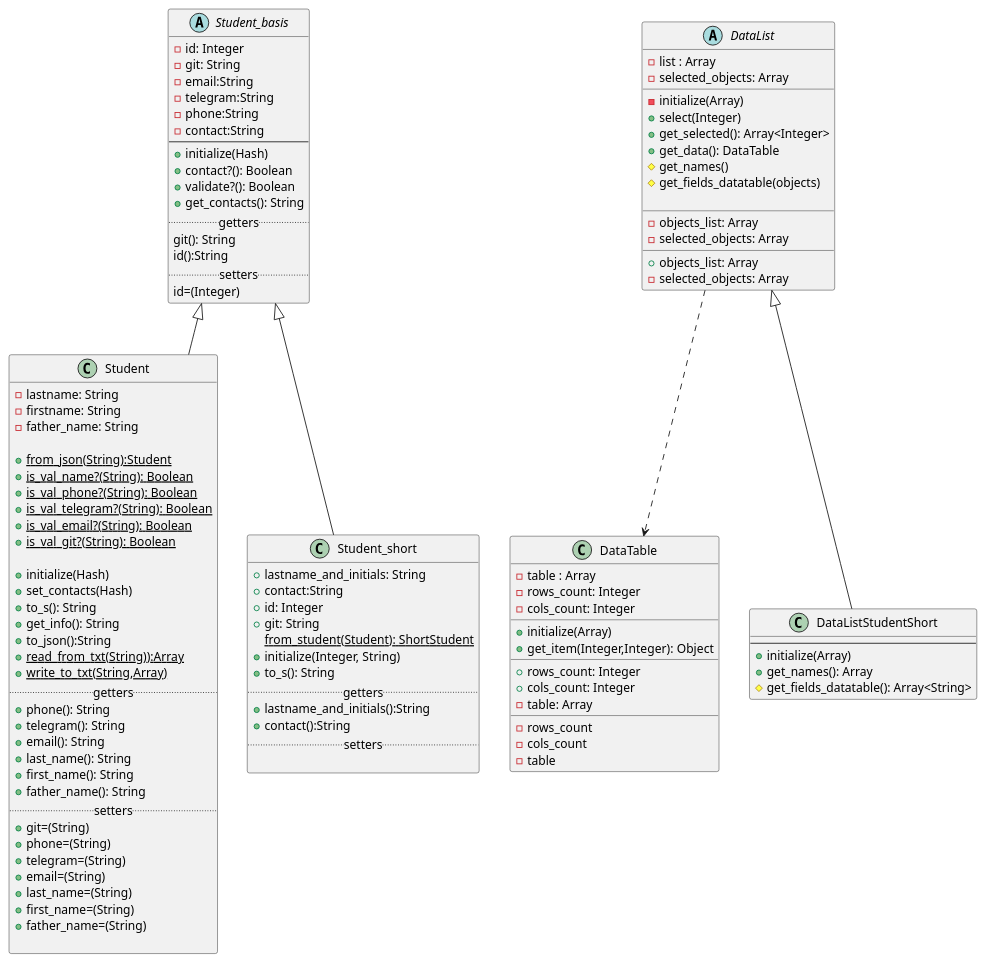
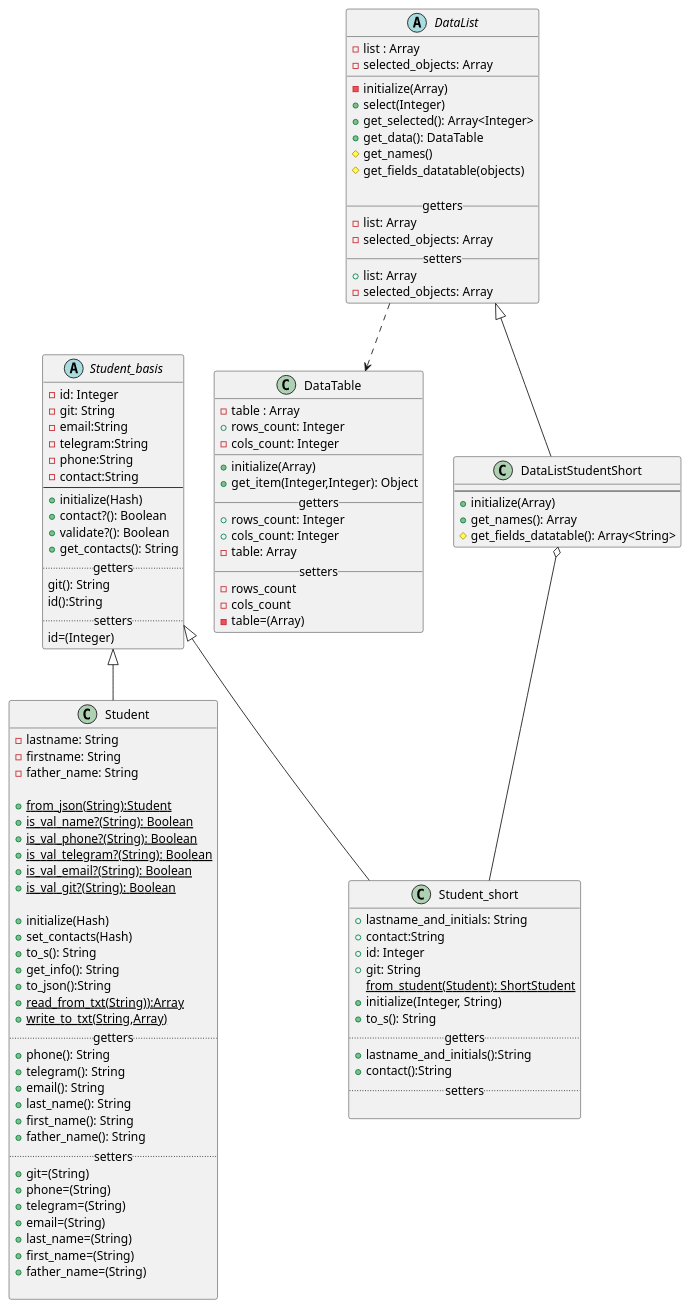
One commit to ColdEiler/pattern changed the diagram in lab2/student_diagrams.puml. Above: the diagram before and after it, drawn with PlantUML. The commit also changed 1 other file, not shown here.

Commit message:
Исправлены ошибки в схеме в классах Datalist и DataListStudentShort

```diff
--- a/lab2/student_diagrams.puml
+++ b/lab2/student_diagrams.puml
@@ -1,118 +1,119 @@
 @startuml
 'https://plantuml.com/class-diagram
 abstract class Student_basis{
      -id: Integer
      -git: String
      -email:String
      -telegram:String
      -phone:String
      -contact:String
 --
      +initialize(Hash)
      +contact?(): Boolean
      +validate?(): Boolean
      +get_contacts(): String
      .. getters..
      git(): String
      id():String
      .. setters ..
      id=(Integer)
 }
 
 class Student extends Student_basis{
      -lastname: String
      -firstname: String
      -father_name: String
 
      +{static}from_json(String):Student
      +{static}is_val_name?(String): Boolean
      +{static}is_val_phone?(String): Boolean
      +{static}is_val_telegram?(String): Boolean
      +{static}is_val_email?(String): Boolean
      +{static}is_val_git?(String): Boolean
 
      +initialize(Hash)
      +set_contacts(Hash)
      +to_s(): String
      +get_info(): String
      +to_json():String
      +{static}read_from_txt(String)):Array
      +{static}write_to_txt(String,Array)
      .. getters ..
      +phone(): String
      +telegram(): String
      +email(): String
      +last_name(): String
      +first_name(): String
      +father_name(): String
      .. setters ..
      +git=(String)
      +phone=(String)
      +telegram=(String)
      +email=(String)
      +last_name=(String)
      +first_name=(String)
      +father_name=(String)
 
 }
 
 class Student_short extends Student_basis{
      +lastname_and_initials: String
      +contact:String
      +id: Integer
      +git: String
      {static}from_student(Student): ShortStudent
      +initialize(Integer, String)
      +to_s(): String
      .. getters ..
      +lastname_and_initials():String
      +contact():String
      .. setters ..
 
 }
 
 
 class DataTable{
     -table : Array
-    -rows_count: Integer
+    +rows_count: Integer
     -cols_count: Integer
     __
     +initialize(Array)
     +get_item(Integer,Integer): Object
-    __
+    __getters__
     +rows_count: Integer
     +cols_count: Integer
     -table: Array
-    __
+    __setters__
     -rows_count
     -cols_count
-    -table
+    -table=(Array)
 }
 abstract class DataList{
     -list : Array
     -selected_objects: Array
     __
     -initialize(Array)
     +select(Integer)
     +get_selected(): Array<Integer>
     +get_data(): DataTable
     #get_names()
     #get_fields_datatable(objects)
 
-    __
-    -objects_list: Array
+    __getters__
+    -list: Array
     -selected_objects: Array
-    __
-    +objects_list: Array
+    __setters__
+    +list: Array
     -selected_objects: Array
 }
 
 class DataListStudentShort extends DataList{
     --
     +initialize(Array)
     +get_names(): Array
     #get_fields_datatable(): Array<String>
 }
 
 DataList ..> DataTable
+DataListStudentShort o-- Student_short
 @enduml
```
